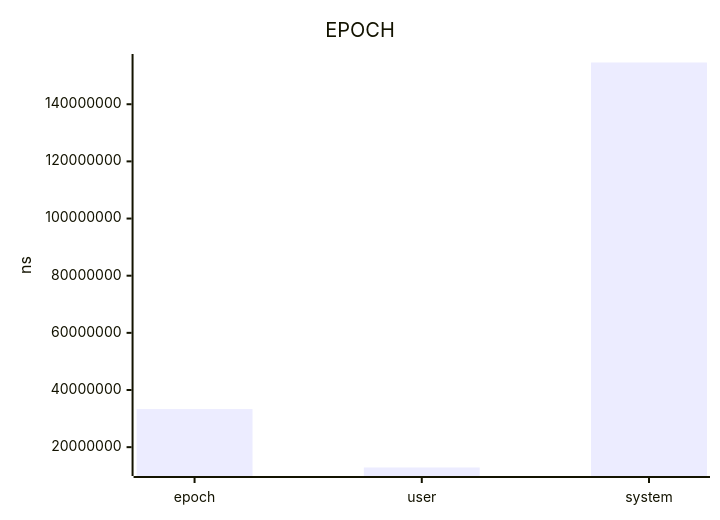
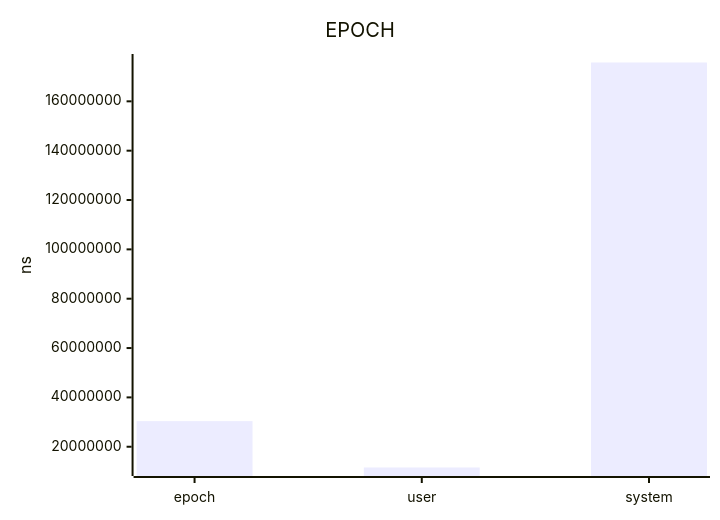
The diagram in benchmark/saw-find-regex-vs-grep-report.md (jrengmusic/saw), drawn with Mermaid before and after one commit. The commit also changed other lines of this file and 434 other files, not shown here.

````diff
--- a/benchmark/saw-find-regex-vs-grep-report.md
+++ b/benchmark/saw-find-regex-vs-grep-report.md
@@ -24,7 +23,7 @@
 ```mermaid
 xychart-beta
 title "EPOCH"
 x-axis ["epoch", "user", "system"]
 y-axis "ns"
-bar [33336166.66666666790843010, 12884000.00000000000000000, 154604000.00000000000000000]
+bar [30385208.33333333209156990, 11585000.00000000000000000, 175741000.00000000000000000]
 ```
````
